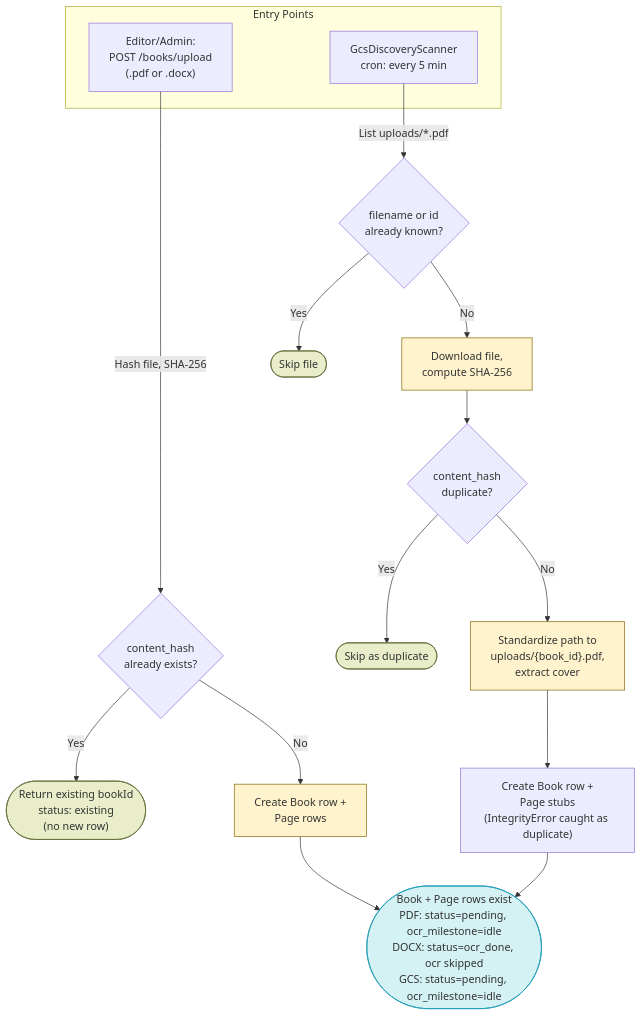
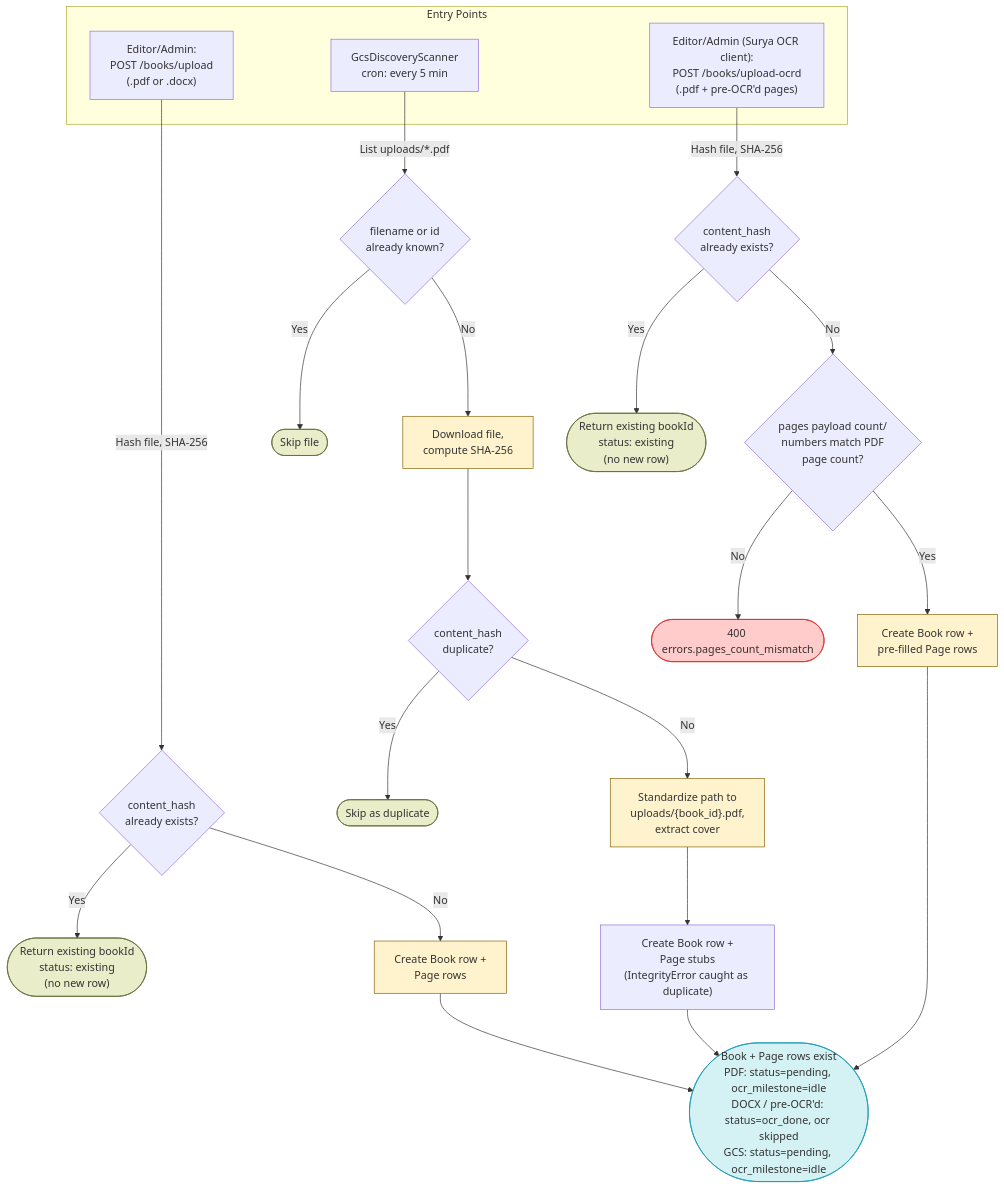
The diagram in docs/main/DOCUMENT_DISCOVERY_DESIGN.md (Kitabim-AI/kitabim-ai), drawn with Mermaid before and after one commit. The commit also changed other lines of this file and 20 other files, not shown here.

````diff
--- a/docs/main/DOCUMENT_DISCOVERY_DESIGN.md
+++ b/docs/main/DOCUMENT_DISCOVERY_DESIGN.md
@@ -70,31 +73,40 @@
 ```mermaid
 flowchart TD
     subgraph Triggers [Entry Points]
         T1["Editor/Admin:<br/>POST /books/upload<br/>(.pdf or .docx)"]
         T2["GcsDiscoveryScanner<br/>cron: every 5 min"]
+        T3["Editor/Admin (Surya OCR client):<br/>POST /books/upload-ocrd<br/>(.pdf + pre-OCR'd pages)"]
     end
 
     T1 -->|"Hash file, SHA-256"| U_DUP{"content_hash<br/>already exists?"}
     U_DUP -->|Yes| U_EXIST(["Return existing bookId<br/>status: existing<br/>(no new row)"])
     U_DUP -->|No| U_CREATE["Create Book row +<br/>Page rows"]
 
     T2 -->|"List uploads/*.pdf"| D_KNOWN{"filename or id<br/>already known?"}
     D_KNOWN -->|Yes| D_SKIP(["Skip file"])
     D_KNOWN -->|No| D_DL["Download file,<br/>compute SHA-256"]
     D_DL --> D_HASH{"content_hash<br/>duplicate?"}
     D_HASH -->|Yes| D_SKIPDUP(["Skip as duplicate"])
     D_HASH -->|No| D_STD["Standardize path to<br/>uploads/{book_id}.pdf,<br/>extract cover"]
     D_STD --> D_CREATE["Create Book row +<br/>Page stubs<br/>(IntegrityError caught as duplicate)"]
 
-    U_CREATE --> InitDB(["Book + Page rows exist<br/>PDF: status=pending, ocr_milestone=idle<br/>DOCX: status=ocr_done, ocr skipped<br/>GCS: status=pending, ocr_milestone=idle"])
+    T3 -->|"Hash file, SHA-256"| O_DUP{"content_hash<br/>already exists?"}
+    O_DUP -->|Yes| O_EXIST(["Return existing bookId<br/>status: existing<br/>(no new row)"])
+    O_DUP -->|No| O_COUNT{"pages payload count/<br/>numbers match PDF<br/>page count?"}
+    O_COUNT -->|No| O_REJECT(["400 errors.pages_count_mismatch"])
+    O_COUNT -->|Yes| O_CREATE["Create Book row +<br/>pre-filled Page rows"]
+
+    U_CREATE --> InitDB(["Book + Page rows exist<br/>PDF: status=pending, ocr_milestone=idle<br/>DOCX / pre-OCR'd: status=ocr_done, ocr skipped<br/>GCS: status=pending, ocr_milestone=idle"])
     D_CREATE --> InitDB
+    O_CREATE --> InitDB
 
     classDef idle fill:#e9edc9,stroke:#606c38
     classDef active fill:#fff3cd,stroke:#856404
     classDef done fill:#d4f1f4,stroke:#189ab4
     classDef fail fill:#ffcccb,stroke:#d32f2f
 
     class InitDB done
-    class U_CREATE,D_STD,D_DL active
-    class U_EXIST,D_SKIP,D_SKIPDUP idle
+    class U_CREATE,D_STD,D_DL,O_CREATE active
+    class U_EXIST,D_SKIP,D_SKIPDUP,O_EXIST idle
+    class O_REJECT fail
 ```
````
